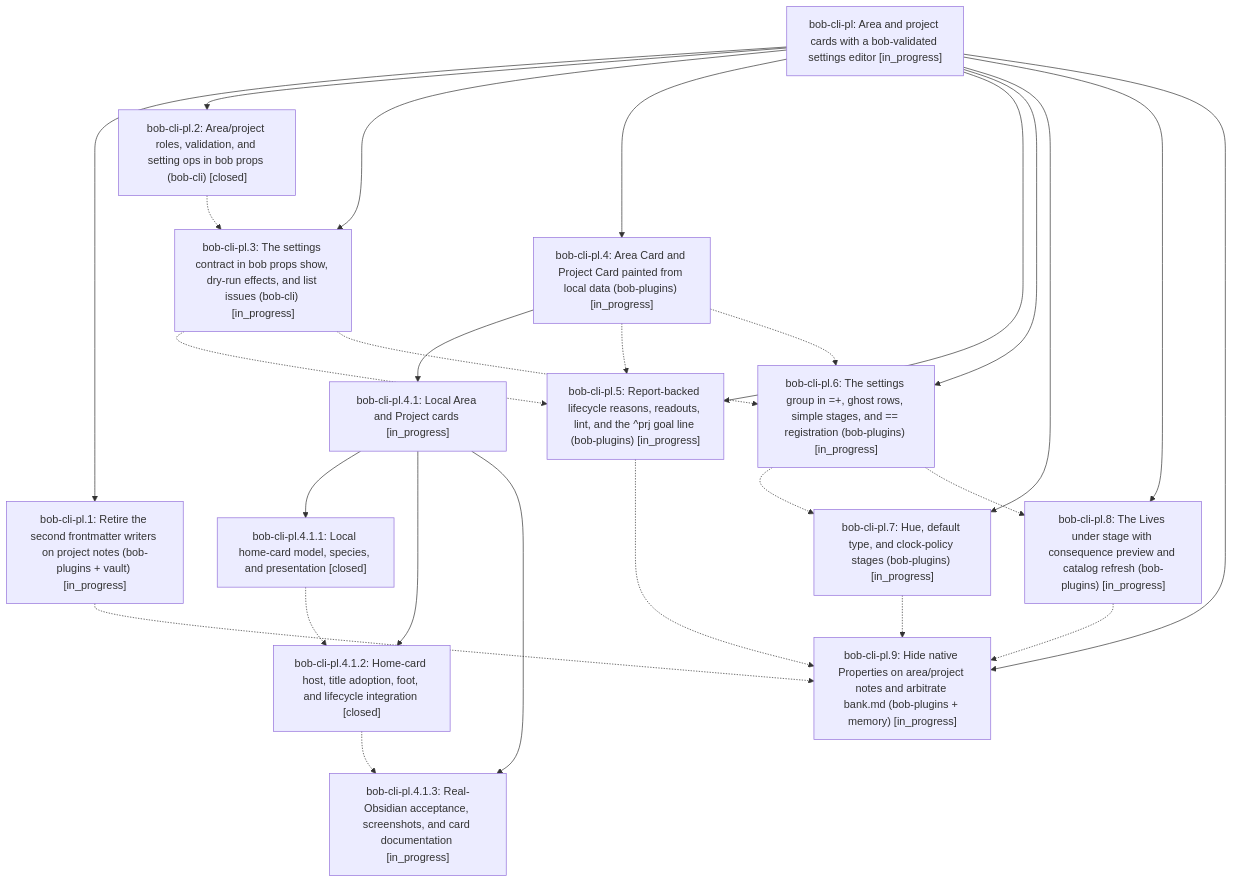
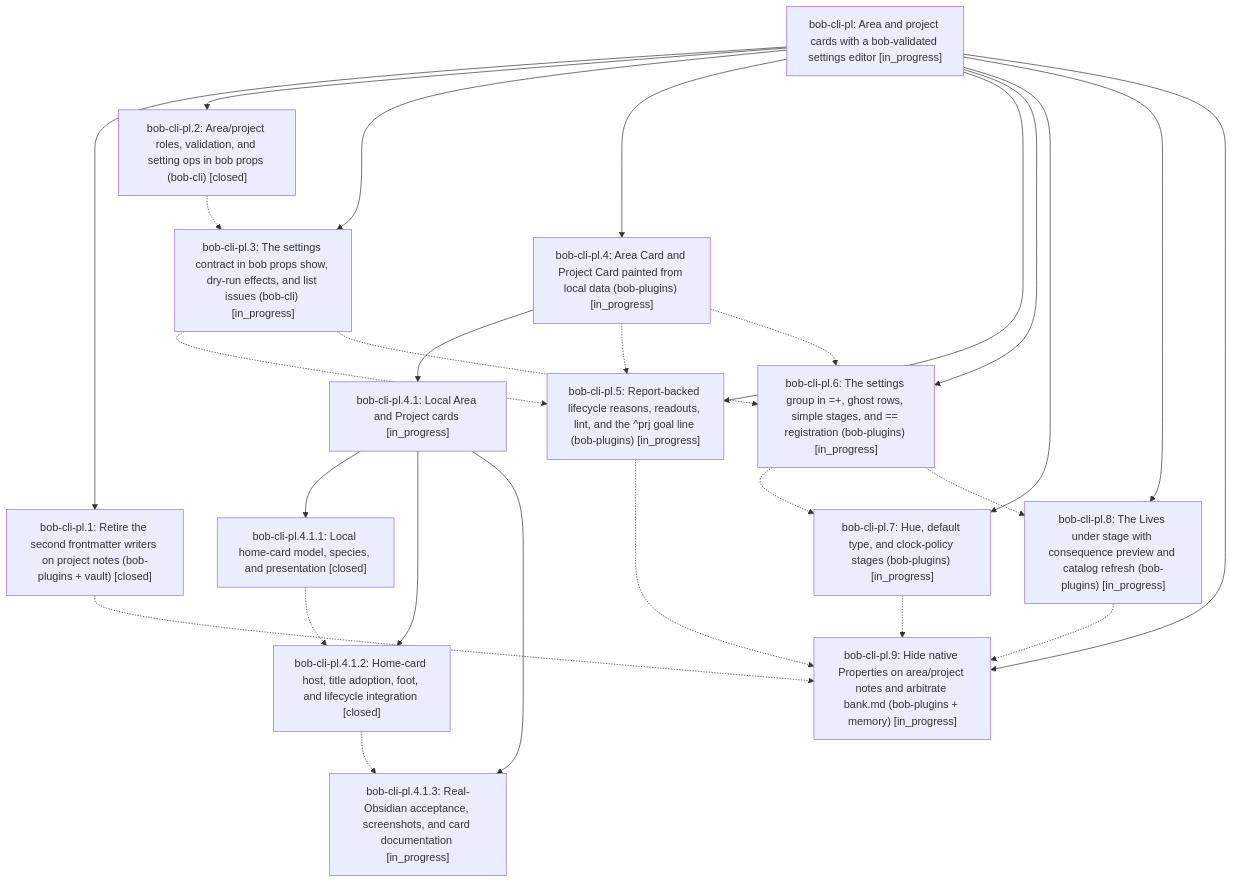
The diagram in pages/bob-cli-pl/README.md (bobs-org/bob-cli--beads), drawn with Mermaid before and after one commit. The commit also changed other lines of this file and 5 other files, not shown here.

First line of the commit message:
chore(beads): sync bead state and pages for bob-cli-pl

````diff
--- a/pages/bob-cli-pl/README.md
+++ b/pages/bob-cli-pl/README.md
@@ -50,43 +50,43 @@
 ```mermaid
 flowchart TD
     n0["bob-cli-pl: Area and project cards with a bob-validated settings editor [in_progress]"]
-    n1["bob-cli-pl.1: Retire the second frontmatter writers on project notes (bob-plugins + vault) [in_progress]"]
+    n1["bob-cli-pl.1: Retire the second frontmatter writers on project notes (bob-plugins + vault) [closed]"]
     n2["bob-cli-pl.2: Area/project roles, validation, and setting ops in bob props (bob-cli) [closed]"]
     n3["bob-cli-pl.3: The settings contract in bob props show, dry-run effects, and list issues (bob-cli) [in_progress]"]
     n4["bob-cli-pl.4: Area Card and Project Card painted from local data (bob-plugins) [in_progress]"]
     n5["bob-cli-pl.4.1: Local Area and Project cards [in_progress]"]
     n6["bob-cli-pl.4.1.1: Local home-card model, species, and presentation [closed]"]
     n7["bob-cli-pl.4.1.2: Home-card host, title adoption, foot, and lifecycle integration [closed]"]
     n8["bob-cli-pl.4.1.3: Real-Obsidian acceptance, screenshots, and card documentation [in_progress]"]
     n9["bob-cli-pl.5: Report-backed lifecycle reasons, readouts, lint, and the ^prj goal line (bob-plugins) [in_progress]"]
     n10["bob-cli-pl.6: The settings group in =+, ghost rows, simple stages, and == registration (bob-plugins) [in_progress]"]
     n11["bob-cli-pl.7: Hue, default type, and clock-policy stages (bob-plugins) [in_progress]"]
     n12["bob-cli-pl.8: The Lives under stage with consequence preview and catalog refresh (bob-plugins) [in_progress]"]
     n13["bob-cli-pl.9: Hide native Properties on area/project notes and arbitrate bank.md (bob-plugins + memory) [in_progress]"]
     n0 --> n1
     n0 --> n2
     n0 --> n3
     n0 --> n4
     n4 --> n5
     n5 --> n6
     n5 --> n7
     n5 --> n8
     n0 --> n9
     n0 --> n10
     n0 --> n11
     n0 --> n12
     n0 --> n13
     n1 -.-> n13
     n2 -.-> n3
     n3 -.-> n9
     n3 -.-> n10
     n4 -.-> n9
     n4 -.-> n10
     n6 -.-> n7
     n7 -.-> n8
     n9 -.-> n13
     n10 -.-> n11
     n10 -.-> n12
     n11 -.-> n13
     n12 -.-> n13
 ```
````
